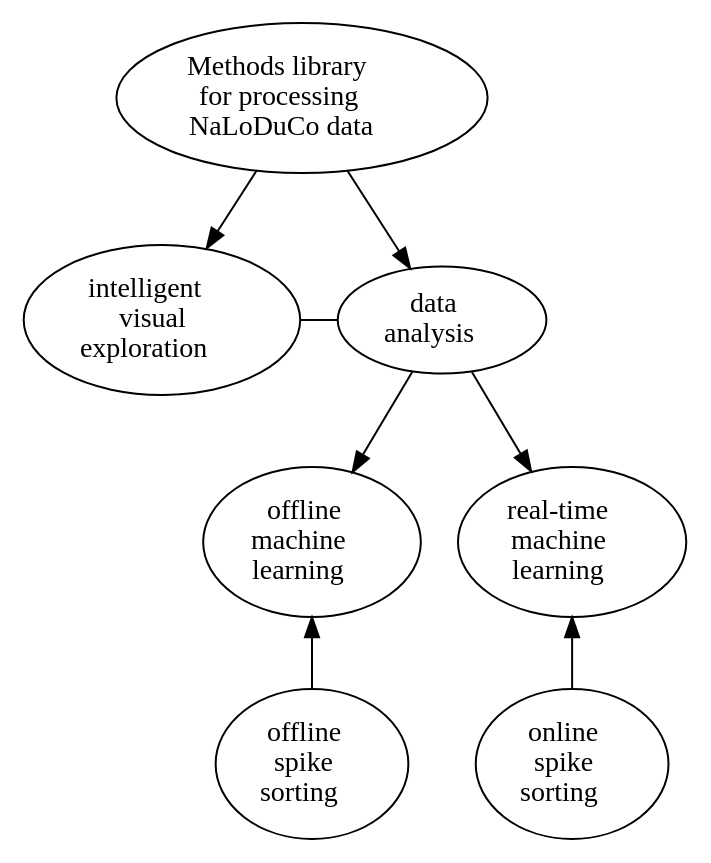
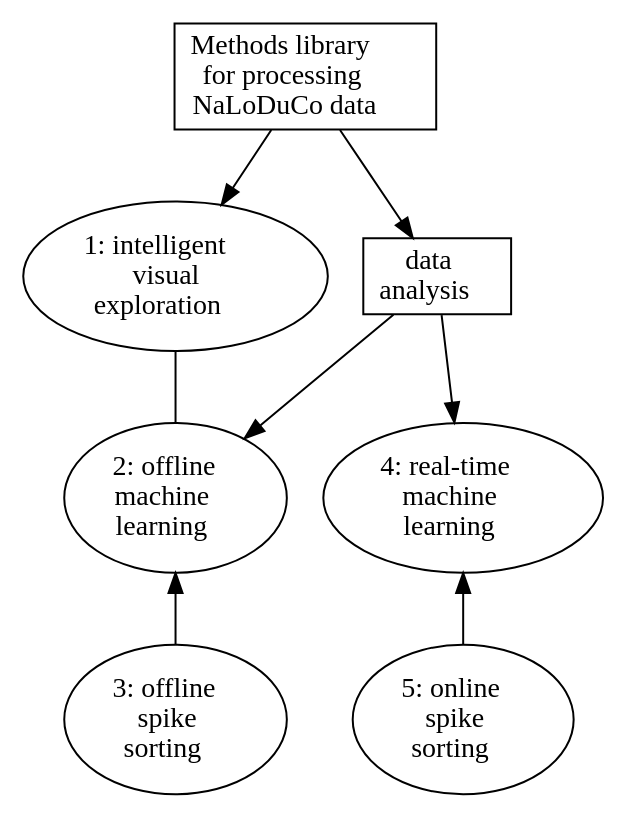
One commit to joacorapela/bbsrc-nsfbio24 changed the diagram in temporary/application/figures/aims.dot. Above: the diagram before and after it, drawn with Graphviz.

Commit message:
A few updates

```diff
--- a/temporary/application/figures/aims.dot
+++ b/temporary/application/figures/aims.dot
@@ -1,20 +1,20 @@
 digraph g {
-  methodsLib [label=<<FONT COLOR="BLACK">Methods library<br/>for processing<br/>NaLoDuCo data</FONT>>];
-  visualExploration [label=<<FONT COLOR="BLACK">intelligent<br/>visual<br/>exploration</FONT>>];
-  dataAnalysis [label=<<FONT COLOR="BLACK">data<br/>analysis</FONT>>];
-  offlineML [label=<<FONT COLOR="BLACK">offline<br/>machine<br/>learning</FONT>>];
-  offlineSpikeSorting [label=<<FONT COLOR="BLACK">offline<br/>spike<br/>sorting</FONT>>];
-  realTimeML [label=<<FONT COLOR="BLACK">real-time<br/>machine<br/>learning</FONT>>];
-  onlineSpikeSorting [label=<<FONT COLOR="BLACK">online<br/>spike<br/>sorting</FONT>>];
+  methodsLib [label=<<FONT COLOR="BLACK">Methods library<br/>for processing<br/>NaLoDuCo data</FONT>>,shape=box];
+  visualExploration [label=<<FONT COLOR="BLACK">1: intelligent<br/>visual<br/>exploration</FONT>>];
+  dataAnalysis [label=<<FONT COLOR="BLACK">data<br/>analysis</FONT>>,shape=box];
+  offlineML [label=<<FONT COLOR="BLACK">2: offline<br/>machine<br/>learning</FONT>>];
+  offlineSpikeSorting [label=<<FONT COLOR="BLACK">3: offline<br/>spike<br/>sorting</FONT>>];
+  realTimeML [label=<<FONT COLOR="BLACK">4: real-time<br/>machine<br/>learning</FONT>>];
+  onlineSpikeSorting [label=<<FONT COLOR="BLACK">5: online<br/>spike<br/>sorting</FONT>>];
 
   methodsLib -> visualExploration;
   methodsLib -> dataAnalysis;
-  visualExploration -> dataAnalysis [dir=none];
+  visualExploration -> offlineML [dir=none];
   dataAnalysis -> offlineML;
   offlineSpikeSorting -> offlineML;
   dataAnalysis -> realTimeML;
   onlineSpikeSorting -> realTimeML;
 
   {rank=same; visualExploration; dataAnalysis;}
   {rank=sink; offlineSpikeSorting; onlineSpikeSorting;}
 }
```
